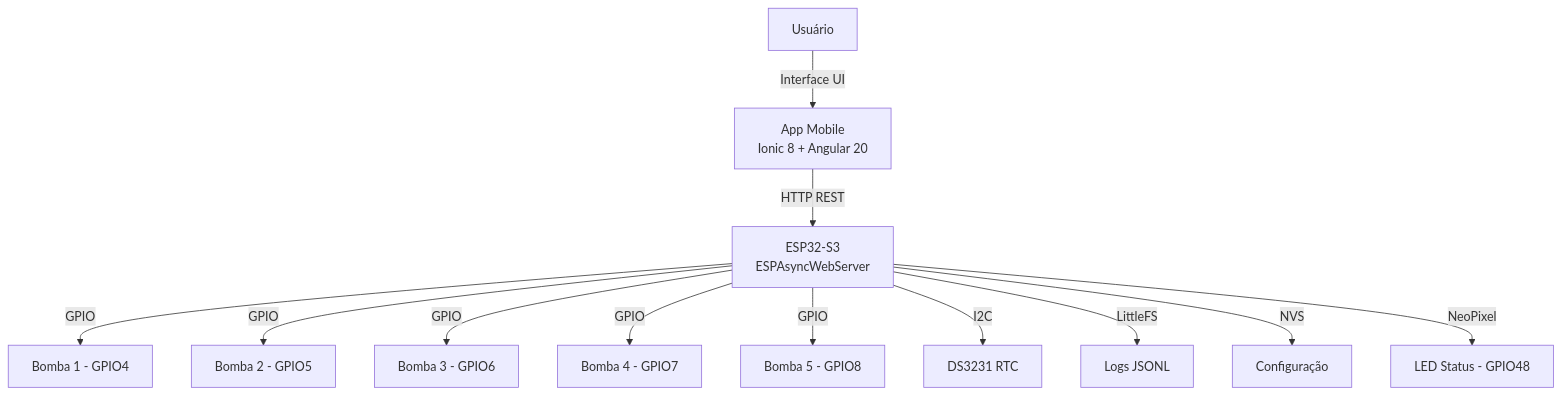
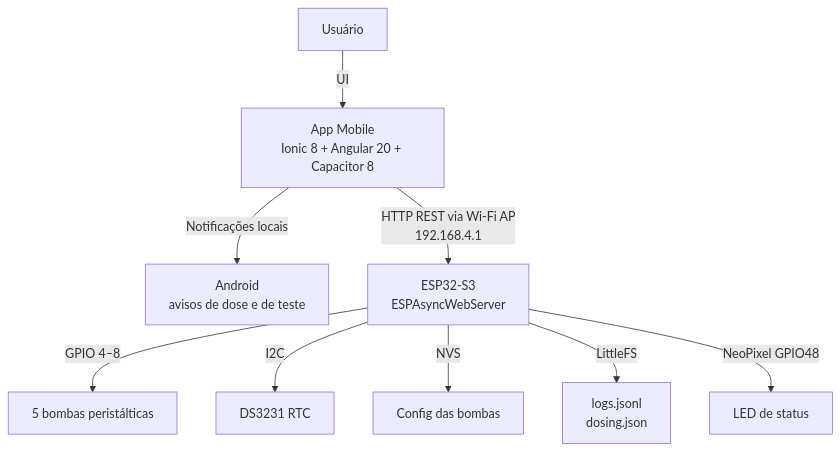
One commit to RafaelDVL/aquabalancepro-app changed the diagram in README.md. Above: the diagram before and after it, drawn with Mermaid. The commit also changed other lines of this file and 4 other files, not shown here.

First line of the commit message:
docs: update README and architecture docs for current app and firmware

````diff
--- a/README.md
+++ b/README.md
@@ -7,14 +9,11 @@
 ```mermaid
 graph TD
-    User[Usuário] -->|Interface UI| App[App Mobile<br/>Ionic 8 + Angular 20]
-    App -->|HTTP REST| ESP[ESP32-S3<br/>ESPAsyncWebServer]
-    ESP -->|GPIO| Pump1[Bomba 1 - GPIO4]
-    ESP -->|GPIO| Pump2[Bomba 2 - GPIO5]
-    ESP -->|GPIO| Pump3[Bomba 3 - GPIO6]
-    ESP -->|GPIO| Pump4[Bomba 4 - GPIO7]
-    ESP -->|GPIO| Pump5[Bomba 5 - GPIO8]
+    User[Usuário] -->|UI| App[App Mobile<br/>Ionic 8 + Angular 20 + Capacitor 8]
+    App -->|Notificações locais| Phone[Android<br/>avisos de dose e de teste]
+    App -->|HTTP REST via Wi-Fi AP<br/>192.168.4.1| ESP[ESP32-S3<br/>ESPAsyncWebServer]
+    ESP -->|GPIO 4–8| Pumps[5 bombas peristálticas]
     ESP -->|I2C| RTC[DS3231 RTC]
-    ESP -->|LittleFS| Logs[Logs JSONL]
-    ESP -->|NVS| Config[Configuração]
-    ESP -->|NeoPixel| LED[LED Status - GPIO48]
+    ESP -->|NVS| Config[Config das bombas]
+    ESP -->|LittleFS| Files[logs.jsonl<br/>dosing.json]
+    ESP -->|NeoPixel GPIO48| LED[LED de status]
 ```
````
